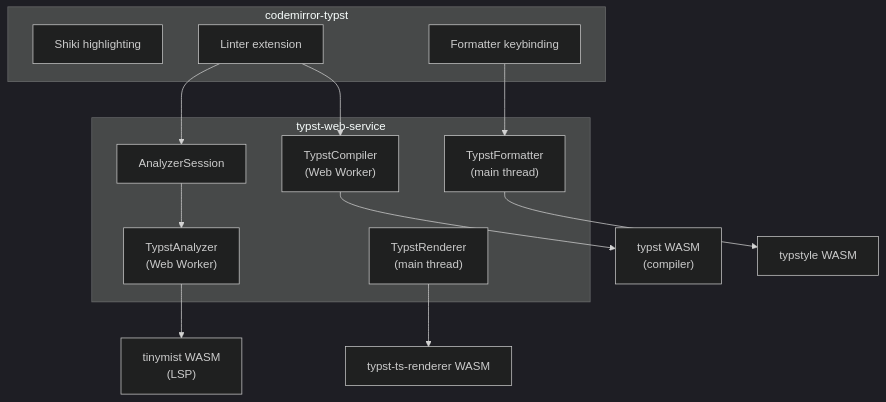
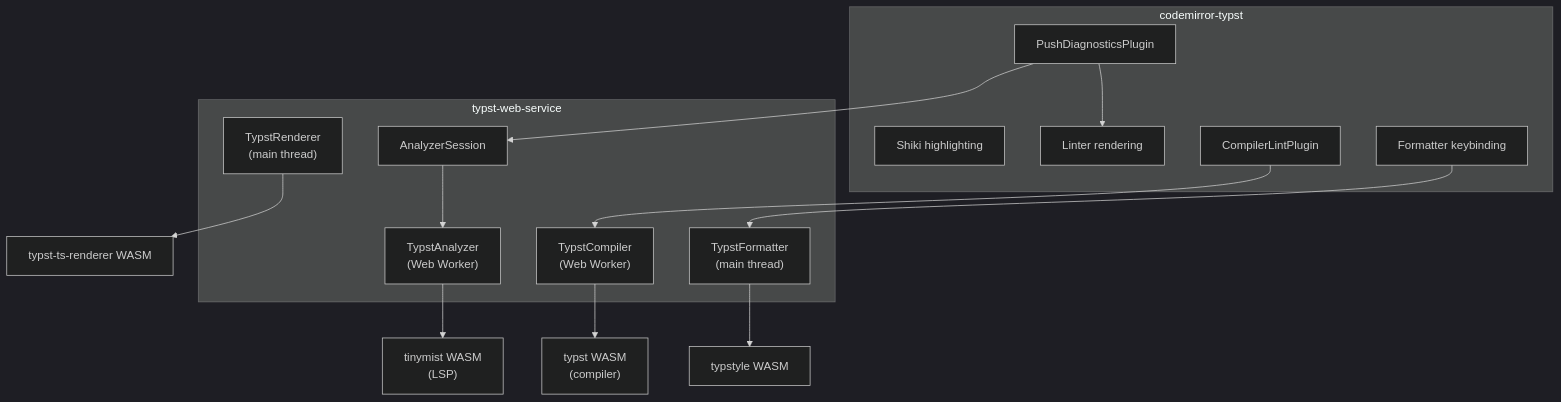
Before and after one commit to vedivad/typst-web: the diagram in README.md, drawn with Mermaid (dark theme). The commit also changed other lines of this file, not shown here.

Commit message:
docs: update README to clarify inline diagnostics behavior and analyzer session details

````diff
--- a/README.md
+++ b/README.md
@@ -278,26 +281,29 @@
 ```mermaid
 graph TD
   subgraph "codemirror-typst"
     Shiki[Shiki highlighting]
-    Linter[Linter extension]
+    Linter[Linter rendering]
+    Pull[CompilerLintPlugin]
+    Push[PushDiagnosticsPlugin]
     FmtExt[Formatter keybinding]
   end
 
   subgraph "typst-web-service"
     Compiler["TypstCompiler\n(Web Worker)"]
     Analyzer["TypstAnalyzer\n(Web Worker)"]
     Renderer["TypstRenderer\n(main thread)"]
     Formatter["TypstFormatter\n(main thread)"]
     Session["AnalyzerSession"]
   end
 
-  Linter --> Compiler
-  Linter --> Session
+  Pull --> Compiler
+  Push --> Session
+  Push --> Linter
   Session --> Analyzer
   FmtExt --> Formatter
 
   Compiler --> TypstWASM["typst WASM\n(compiler)"]
   Analyzer --> TinymistWASM["tinymist WASM\n(LSP)"]
   Renderer --> RendererWASM["typst-ts-renderer WASM"]
   Formatter --> TypstyleWASM["typstyle WASM"]
 ```
````
